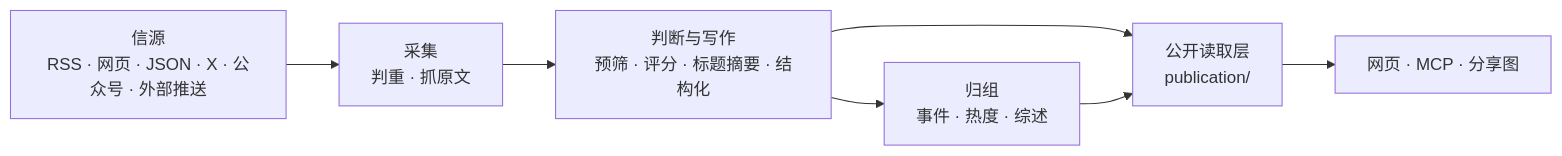
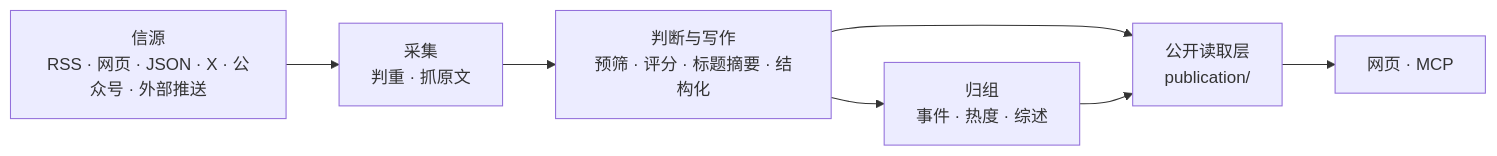
The diagram in docs/architecture.md (ttm43/myhot), drawn with Mermaid before and after one commit. The commit also changed other lines of this file and 30 other files, not shown here.

````diff
--- a/docs/architecture.md
+++ b/docs/architecture.md
@@ -3,9 +3,9 @@
 ```mermaid
 flowchart LR
   S["信源<br/>RSS · 网页 · JSON · X · 公众号 · 外部推送"] --> C["采集<br/>判重 · 抓原文"]
   C --> J["判断与写作<br/>预筛 · 评分 · 标题摘要 · 结构化"]
   J --> G["归组<br/>事件 · 热度 · 综述"]
   J --> P["公开读取层<br/>publication/"]
   G --> P
-  P --> O["网页 · MCP · 分享图"]
+  P --> O["网页 · MCP"]
 ```
````
